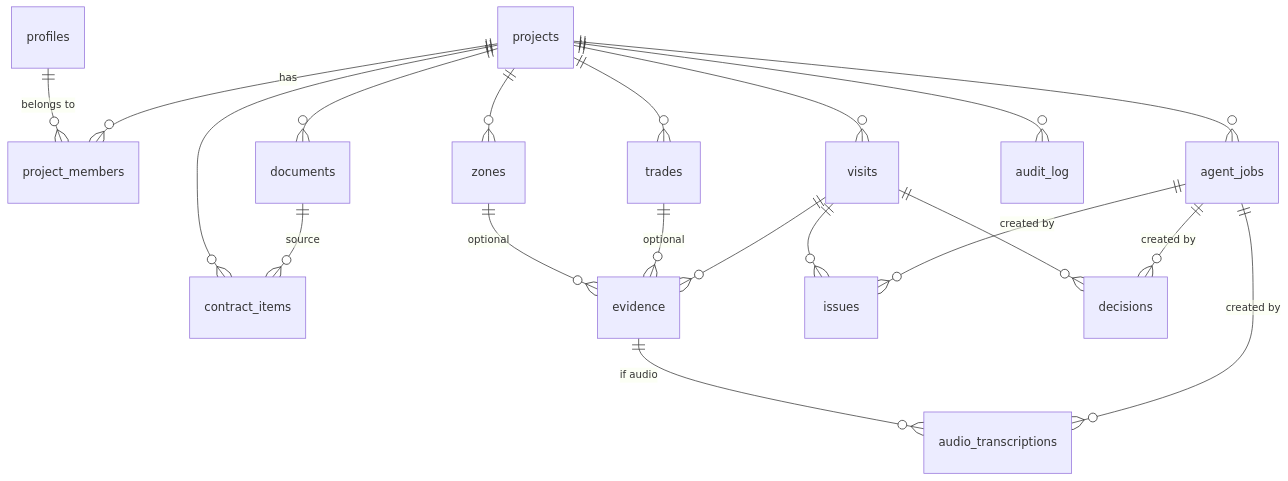
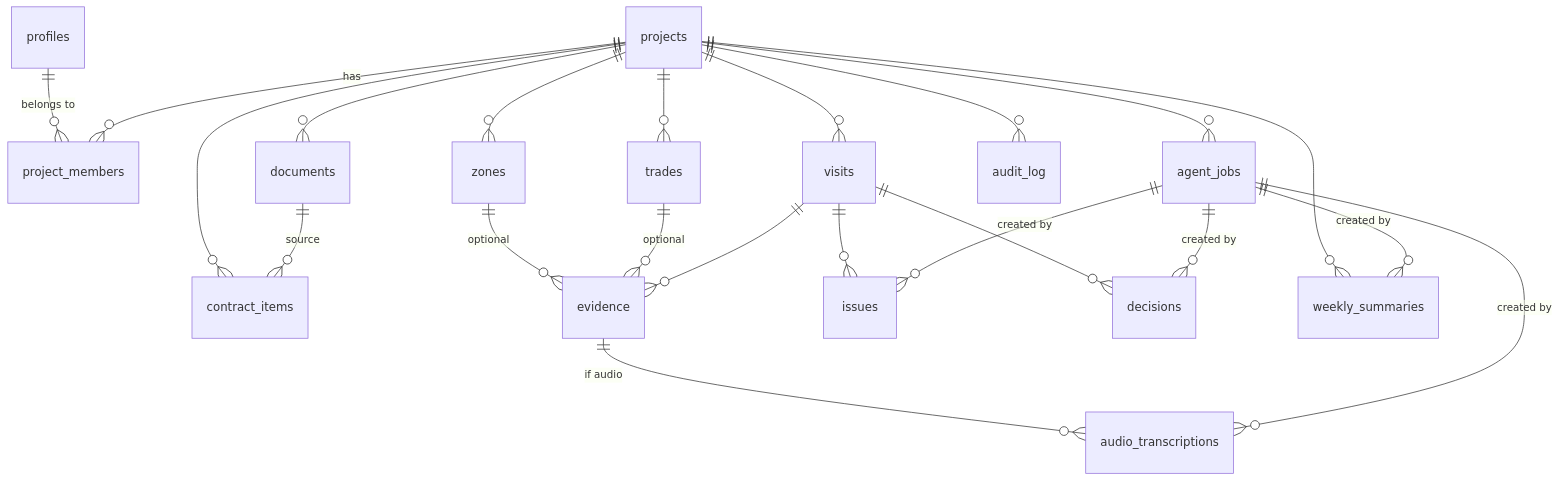
One commit to SergiAOVE/reforma-agent changed the diagram in docs/en/02-data-model.md. Above: the diagram before and after it, drawn with Mermaid. The commit also changed other lines of this file and 18 other files, not shown here.

````diff
--- a/docs/en/02-data-model.md
+++ b/docs/en/02-data-model.md
@@ -49,22 +50,24 @@
 ```mermaid
 erDiagram
     profiles ||--o{ project_members : "belongs to"
     projects ||--o{ project_members : "has"
     projects ||--o{ zones : ""
     projects ||--o{ trades : ""
     projects ||--o{ visits : ""
     projects ||--o{ documents : ""
     projects ||--o{ contract_items : ""
     projects ||--o{ agent_jobs : ""
     projects ||--o{ audit_log : ""
     zones ||--o{ evidence : "optional"
     trades ||--o{ evidence : "optional"
     visits ||--o{ evidence : ""
     evidence ||--o{ audio_transcriptions : "if audio"
     visits ||--o{ issues : ""
     visits ||--o{ decisions : ""
+    projects ||--o{ weekly_summaries : ""
     documents ||--o{ contract_items : "source"
     agent_jobs ||--o{ audio_transcriptions : "created by"
     agent_jobs ||--o{ issues : "created by"
     agent_jobs ||--o{ decisions : "created by"
+    agent_jobs ||--o{ weekly_summaries : "created by"
 ```
````
